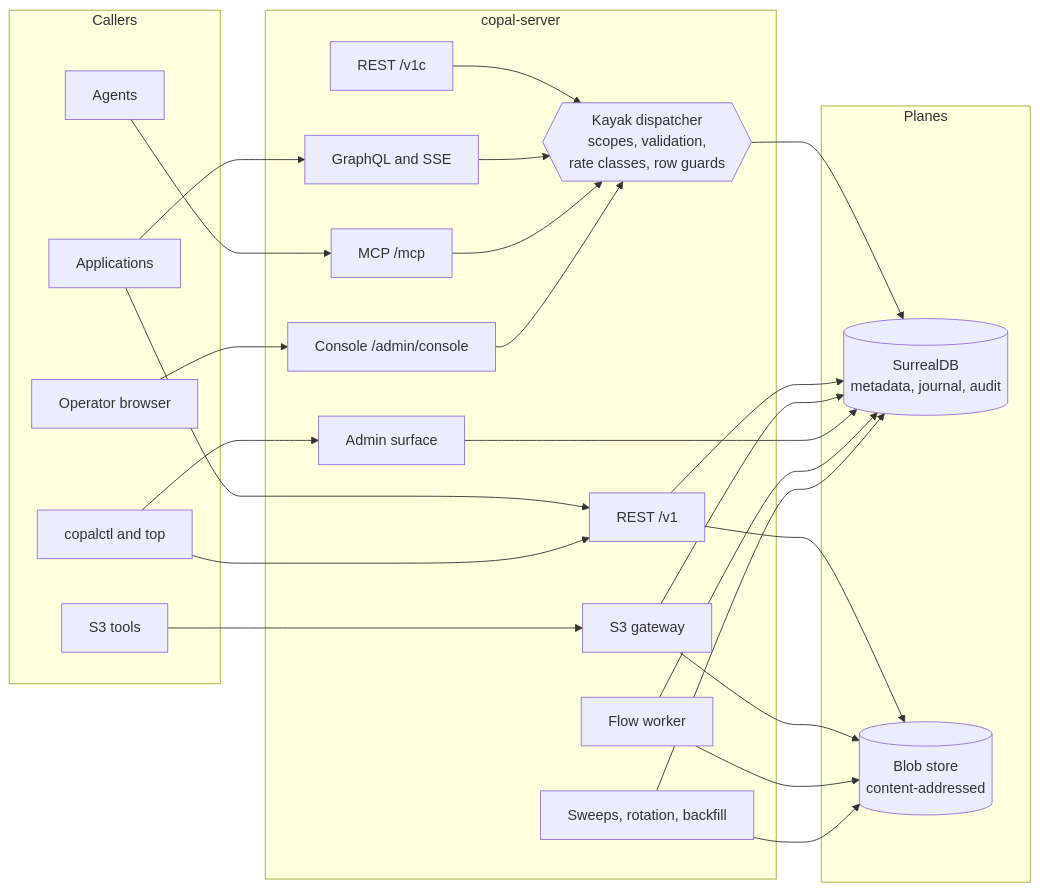
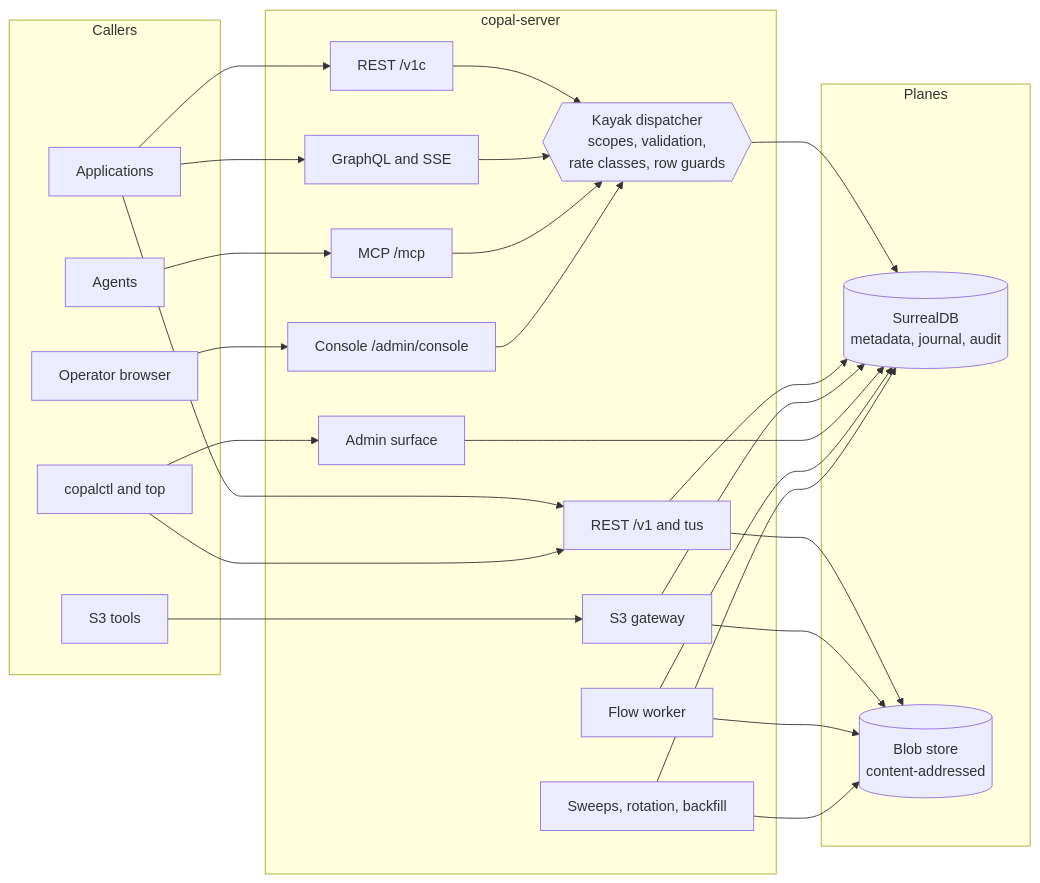
One commit to Oneiriq/copal changed the second of 4 diagrams in docs/architecture.md. Above: the diagram before and after it, drawn with Mermaid. The commit also changed other lines of this file and 33 other files, not shown here.

````diff
--- a/docs/architecture.md
+++ b/docs/architecture.md
@@ -62,52 +69,53 @@
 ```mermaid
 flowchart LR
     subgraph callers [Callers]
         app[Applications]
         agent[Agents]
         tools[S3 tools]
         browser[Operator browser]
         term["copalctl and top"]
     end
 
     subgraph server [copal-server]
-        rest["REST /v1"]
+        rest["REST /v1 and tus"]
         s3["S3 gateway"]
         admin["Admin surface"]
         restc["REST /v1c"]
         gql["GraphQL and SSE"]
         mcp["MCP /mcp"]
         console["Console /admin/console"]
         disp{{"Kayak dispatcher<br/>scopes, validation,<br/>rate classes, row guards"}}
         worker["Flow worker"]
         sweeps["Sweeps, rotation, backfill"]
     end
 
     subgraph planes [Planes]
         store[("SurrealDB<br/>metadata, journal, audit")]
         blob[("Blob store<br/>content-addressed")]
     end
 
     app --> rest
+    app --> restc
     app --> gql
     agent --> mcp
     tools --> s3
     browser --> console
     term --> rest
     term --> admin
 
     restc --> disp
     gql --> disp
     mcp --> disp
     console --> disp
 
     disp --> store
     rest --> store
     rest --> blob
     s3 --> store
     s3 --> blob
     admin --> store
     worker --> store
     worker --> blob
     sweeps --> store
     sweeps --> blob
 ```
````
